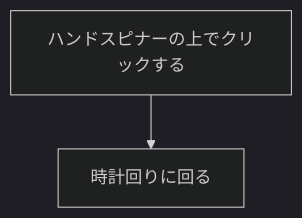
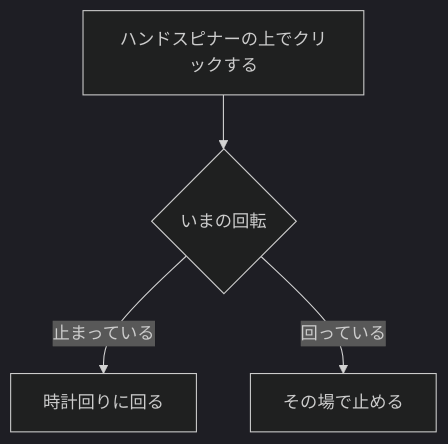
Before and after one commit to pfgnsb/hand-spinner: the fourth of 9 diagrams in spinner/ドキュメント/ユースケース.md, drawn with Mermaid (dark theme). The commit also changed other lines of this file and 10 other files, not shown here.

````diff
--- a/spinner/ドキュメント/ユースケース.md
+++ b/spinner/ドキュメント/ユースケース.md
@@ -94,4 +94,6 @@
 ```mermaid
 flowchart TD
-  a[ハンドスピナーの上でクリックする] --> b[時計回りに回る]
+  a[ハンドスピナーの上でクリックする] --> b{いまの回転}
+  b -->|止まっている| c[時計回りに回る]
+  b -->|回っている| d[その場で止める]
 ```
````
